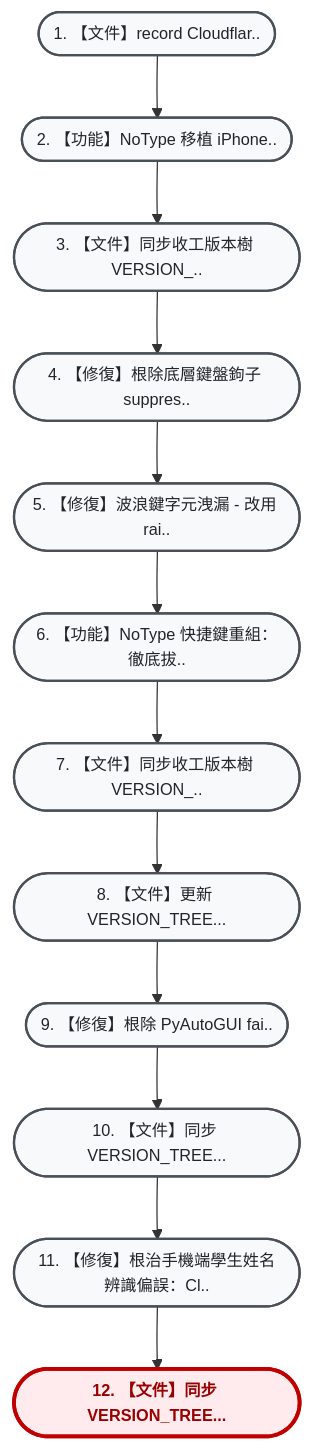
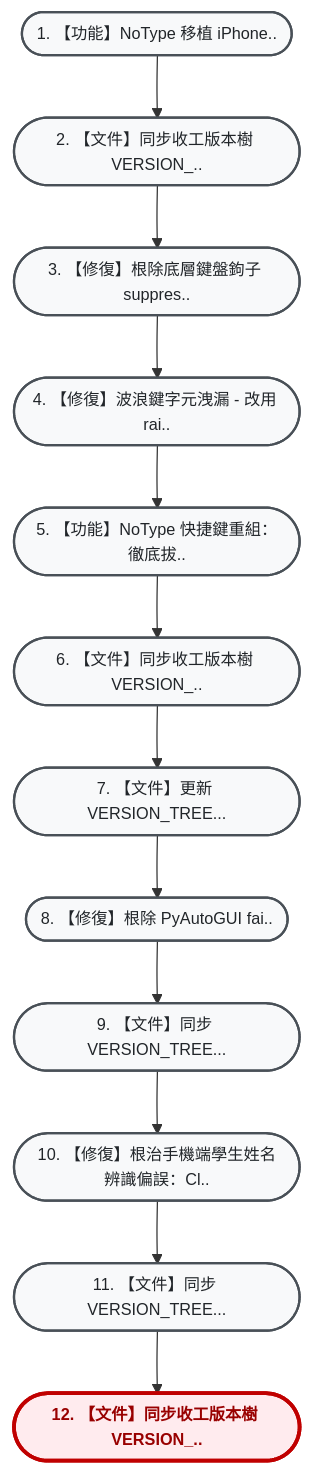
One commit to hjen8/NoType-Scribe changed the diagram in VERSION_TREE.md. Above: the diagram before and after it, drawn with Mermaid. The commit also changed other lines of this file, not shown here.

Commit message:
docs: 同步 VERSION_TREE.md 歷史版本樹 (79089d2)

````diff
--- a/VERSION_TREE.md
+++ b/VERSION_TREE.md
@@ -13,30 +13,30 @@
 ```mermaid
 flowchart TD
     %% 雙壁版本樹專用視覺化配色風格 (由上而下 TD 垂直大字純中文版)
     classDef default fill:#f8f9fa,stroke:#495057,stroke-width:1.8px,color:#212529,font-size:13px;
     classDef current fill:#ffebee,stroke:#c00000,stroke-width:3px,color:#900,font-weight:bold,font-size:13px;
     classDef mergeNode fill:#e3f2fd,stroke:#1565c0,stroke-width:2px,color:#0d47a1,font-size:13px;
-    n_47c4704(["1. 【文件】record Cloudflar.."]):::default
-    n_58bbc8c(["2. 【功能】NoType 移植 iPhone.."]):::default
-    n_7723cba(["3. 【文件】同步收工版本樹 VERSION_.."]):::default
-    n_e2bc0e4(["4. 【修復】根除底層鍵盤鉤子 suppres.."]):::default
-    n_3a6b4ee(["5. 【修復】波浪鍵字元洩漏 - 改用 rai.."]):::default
-    n_112030c(["6. 【功能】NoType 快捷鍵重組：徹底拔.."]):::default
-    n_fde5927(["7. 【文件】同步收工版本樹 VERSION_.."]):::default
-    n_d139599(["8. 【文件】更新 VERSION_TREE..."]):::default
-    n_9ebe870(["9. 【修復】根除 PyAutoGUI fai.."]):::default
-    n_9480dc7(["10. 【文件】同步 VERSION_TREE..."]):::default
-    n_e1c1c9f(["11. 【修復】根治手機端學生姓名辨識偏誤：Cl.."]):::default
-    n_b75d44f(["12. 【文件】同步 VERSION_TREE..."]):::current
-    n_47c4704 --> n_58bbc8c
+    n_58bbc8c(["1. 【功能】NoType 移植 iPhone.."]):::default
+    n_7723cba(["2. 【文件】同步收工版本樹 VERSION_.."]):::default
+    n_e2bc0e4(["3. 【修復】根除底層鍵盤鉤子 suppres.."]):::default
+    n_3a6b4ee(["4. 【修復】波浪鍵字元洩漏 - 改用 rai.."]):::default
+    n_112030c(["5. 【功能】NoType 快捷鍵重組：徹底拔.."]):::default
+    n_fde5927(["6. 【文件】同步收工版本樹 VERSION_.."]):::default
+    n_d139599(["7. 【文件】更新 VERSION_TREE..."]):::default
+    n_9ebe870(["8. 【修復】根除 PyAutoGUI fai.."]):::default
+    n_9480dc7(["9. 【文件】同步 VERSION_TREE..."]):::default
+    n_e1c1c9f(["10. 【修復】根治手機端學生姓名辨識偏誤：Cl.."]):::default
+    n_b75d44f(["11. 【文件】同步 VERSION_TREE..."]):::default
+    n_79089d2(["12. 【文件】同步收工版本樹 VERSION_.."]):::current
     n_58bbc8c --> n_7723cba
     n_7723cba --> n_e2bc0e4
     n_e2bc0e4 --> n_3a6b4ee
     n_3a6b4ee --> n_112030c
     n_112030c --> n_fde5927
     n_fde5927 --> n_d139599
     n_d139599 --> n_9ebe870
     n_9ebe870 --> n_9480dc7
     n_9480dc7 --> n_e1c1c9f
     n_e1c1c9f --> n_b75d44f
+    n_b75d44f --> n_79089d2
 ```
````
